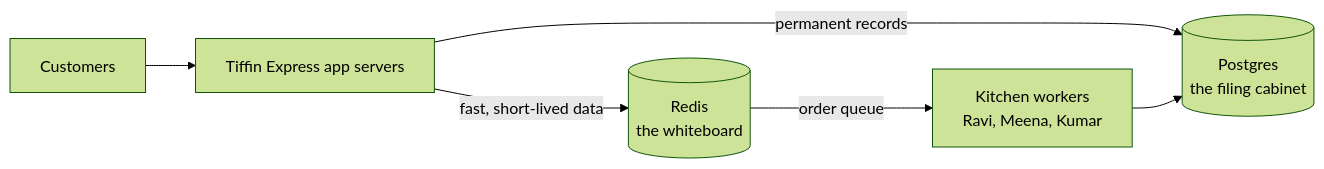
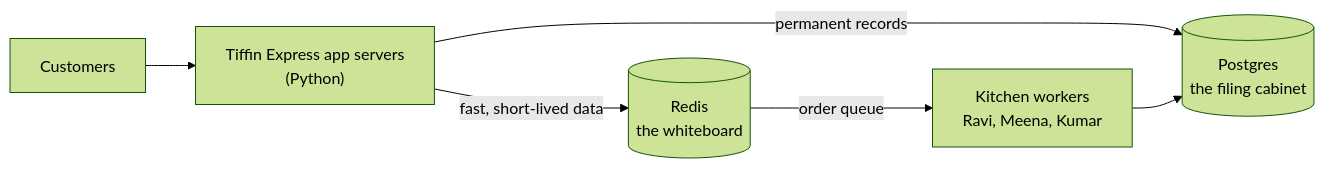
One commit to selvakumarperumal/Regulatory_Circular_Impact_Agent changed the first of 31 diagrams in redis.md. Above: the diagram before and after it, drawn with Mermaid (forest theme). The commit also changed other lines of this file, not shown here.

````diff
--- a/redis.md
+++ b/redis.md
@@ -88,8 +85,8 @@
 ```mermaid
 flowchart LR
-    U["Customers"] --> APP["Tiffin Express app servers"]
+    U["Customers"] --> APP["Tiffin Express app servers<br/>(Python)"]
     APP -- "fast, short-lived data" --> R[("Redis<br/>the whiteboard")]
     APP -- "permanent records" --> DB[("Postgres<br/>the filing cabinet")]
     R -- "order queue" --> K["Kitchen workers<br/>Ravi, Meena, Kumar"]
     K --> DB
 ```
````
